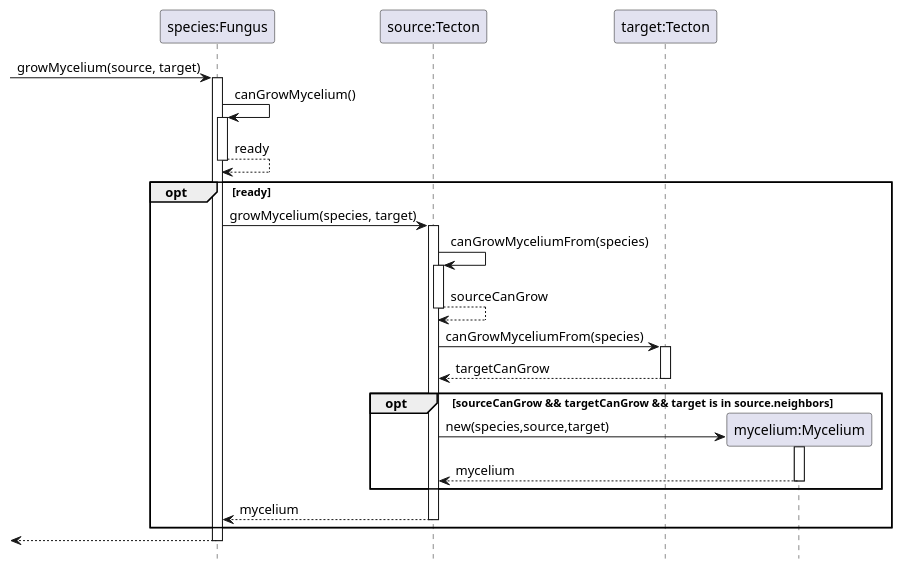
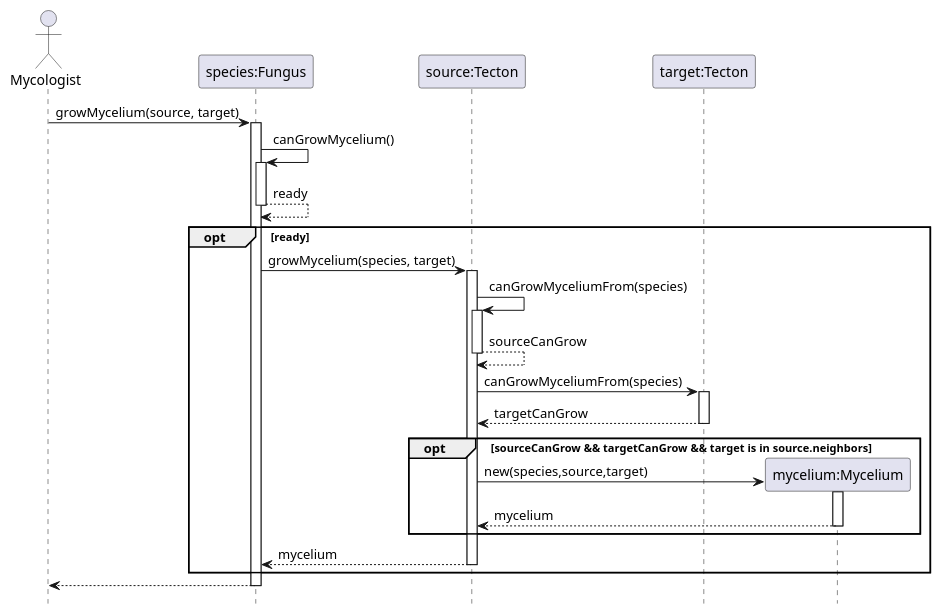
The diagram in Mycelium/mycelium-grow.pu (ZD4ve/projlab-error521), drawn with PlantUML before and after one commit. The commit also changed 12 other files, not shown here.

Commit message:
removed unnecessary refs, added actors to seq diagrams

```diff
--- a/Mycelium/mycelium-grow.pu
+++ b/Mycelium/mycelium-grow.pu
@@ -1,38 +1,40 @@
 @startuml Mycelium/mycelium-grow
 hide footbox
 
+actor Mycologist
 participant "species:Fungus" as species
 participant "source:Tecton" as source
 participant "target:Tecton" as target
 participant "mycelium:Mycelium" as mycelium
 
--> species : growMycelium(source, target)
+' TODO source, target
+Mycologist -> species : growMycelium(source, target)
 activate species
 
 species -> species : canGrowMycelium()
 activate species
 return ready
 
 opt ready
 species -> source : growMycelium(species, target)
 activate source
     source -> source : canGrowMyceliumFrom(species)
     activate source
     return sourceCanGrow
     source -> target : canGrowMyceliumFrom(species) 
     ' ^check in implementation: (gombatest or mycelium) and (mycelium species count < limit)
     activate target
     return targetCanGrow
     opt sourceCanGrow && targetCanGrow && target is in source.neighbors
         create mycelium
         source -> mycelium : new(species,source,target)
         activate mycelium
         return mycelium
     end
 return mycelium
 end
 return
 
 
 
 @enduml
```
